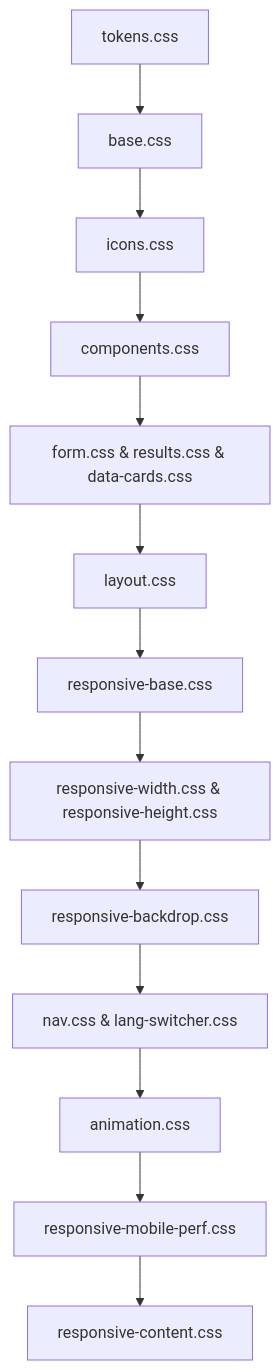
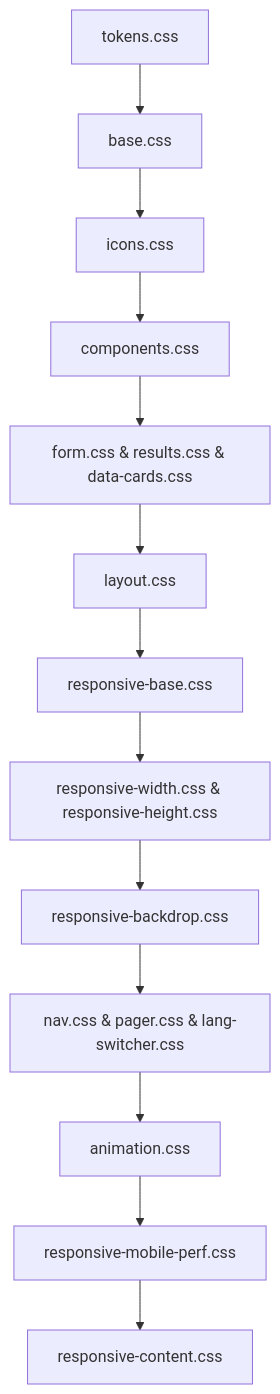
Before and after one commit to oxyzenQ/bmi: the first of 2 diagrams in docs/furthermore.md, drawn with Mermaid. The commit also changed other lines of this file and 3 other files, not shown here.

````diff
--- a/docs/furthermore.md
+++ b/docs/furthermore.md
@@ -41,15 +41,15 @@
 ```mermaid
 graph TD
     A[tokens.css] --> B[base.css]
     B --> C[icons.css]
     C --> D[components.css]
     D --> E[form.css & results.css & data-cards.css]
     E --> F[layout.css]
     F --> G[responsive-base.css]
     G --> H[responsive-width.css & responsive-height.css]
     H --> I[responsive-backdrop.css]
-    I --> J[nav.css & lang-switcher.css]
+    I --> J[nav.css & pager.css & lang-switcher.css]
     J --> K[animation.css]
     K --> L[responsive-mobile-perf.css]
     L --> M[responsive-content.css]
 ```
````
